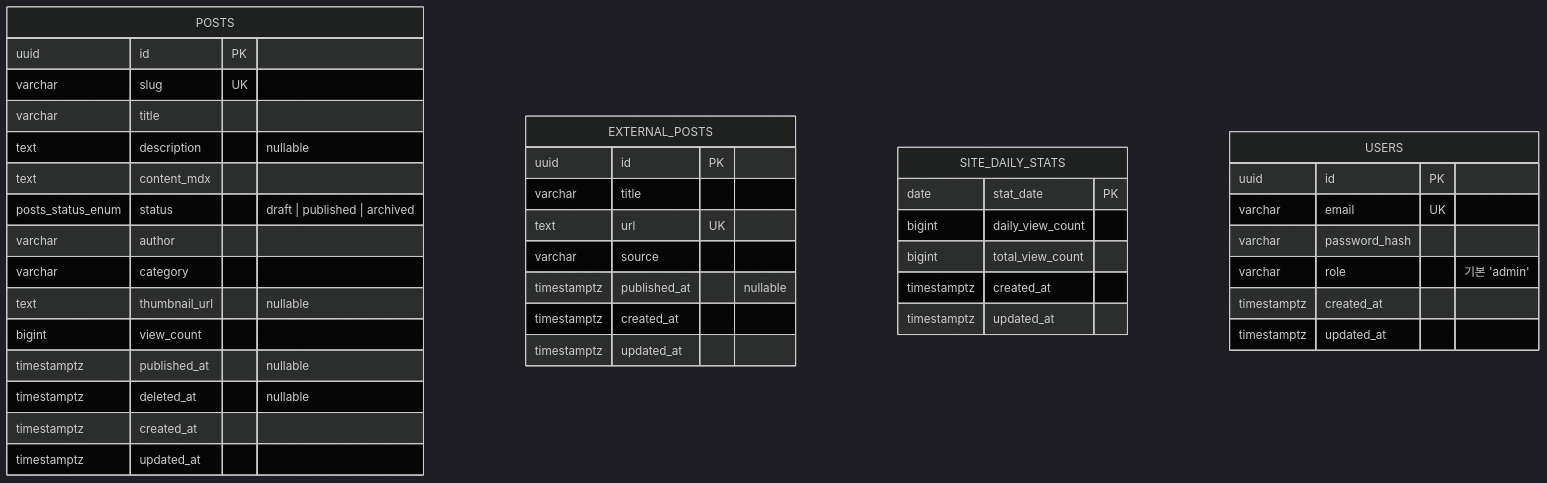
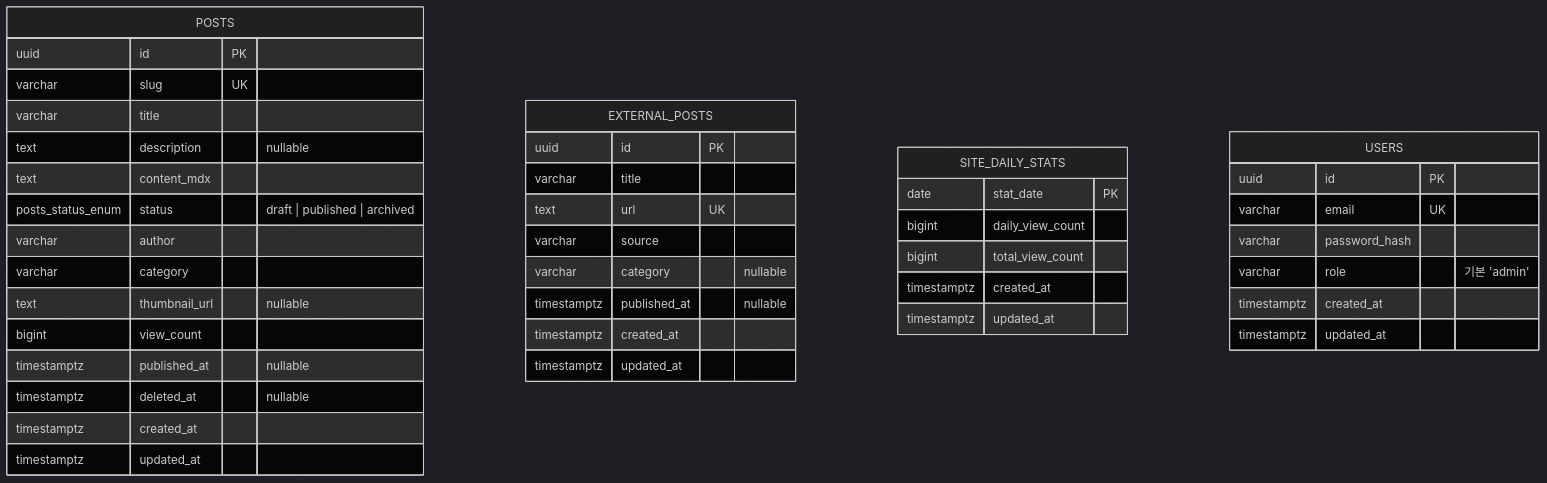
The diagram in apps/server/docs/cms-db-erd.md (BangDori/bangdori-blog), drawn with Mermaid (dark theme) before and after one commit. The commit also changed other lines of this file and 12 other files, not shown here.

````diff
--- a/apps/server/docs/cms-db-erd.md
+++ b/apps/server/docs/cms-db-erd.md
@@ -9,46 +9,47 @@
 ```mermaid
 erDiagram
     POSTS {
         uuid id PK
         varchar slug UK
         varchar title
         text description "nullable"
         text content_mdx
         posts_status_enum status "draft | published | archived"
         varchar author
         varchar category
         text thumbnail_url "nullable"
         bigint view_count
         timestamptz published_at "nullable"
         timestamptz deleted_at "nullable"
         timestamptz created_at
         timestamptz updated_at
     }
 
     EXTERNAL_POSTS {
         uuid id PK
         varchar title
         text url UK
         varchar source
+        varchar category "nullable"
         timestamptz published_at "nullable"
         timestamptz created_at
         timestamptz updated_at
     }
 
     SITE_DAILY_STATS {
         date stat_date PK
         bigint daily_view_count
         bigint total_view_count
         timestamptz created_at
         timestamptz updated_at
     }
 
     USERS {
         uuid id PK
         varchar email UK
         varchar password_hash
         varchar role "기본 'admin'"
         timestamptz created_at
         timestamptz updated_at
     }
 ```
````
